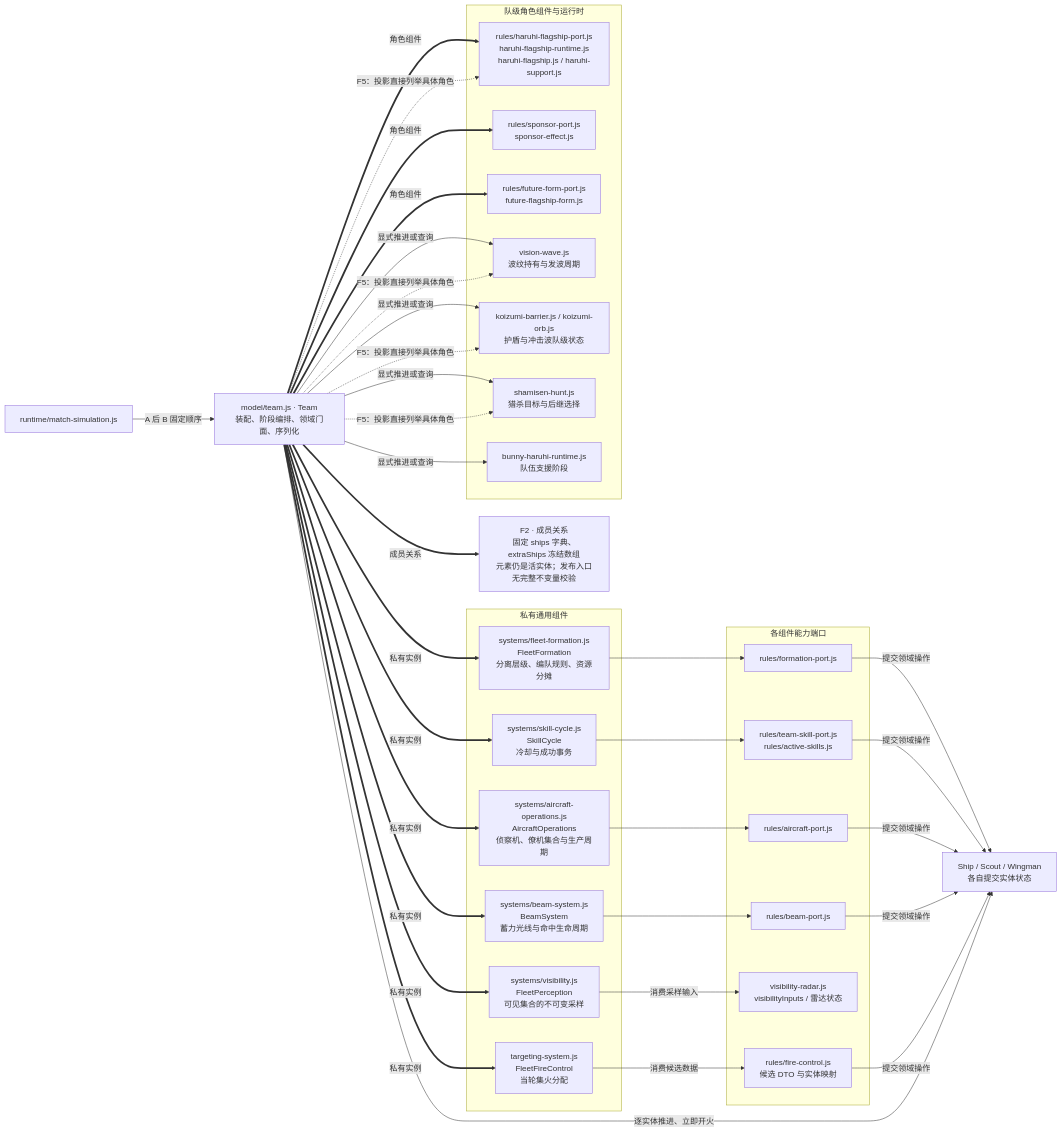
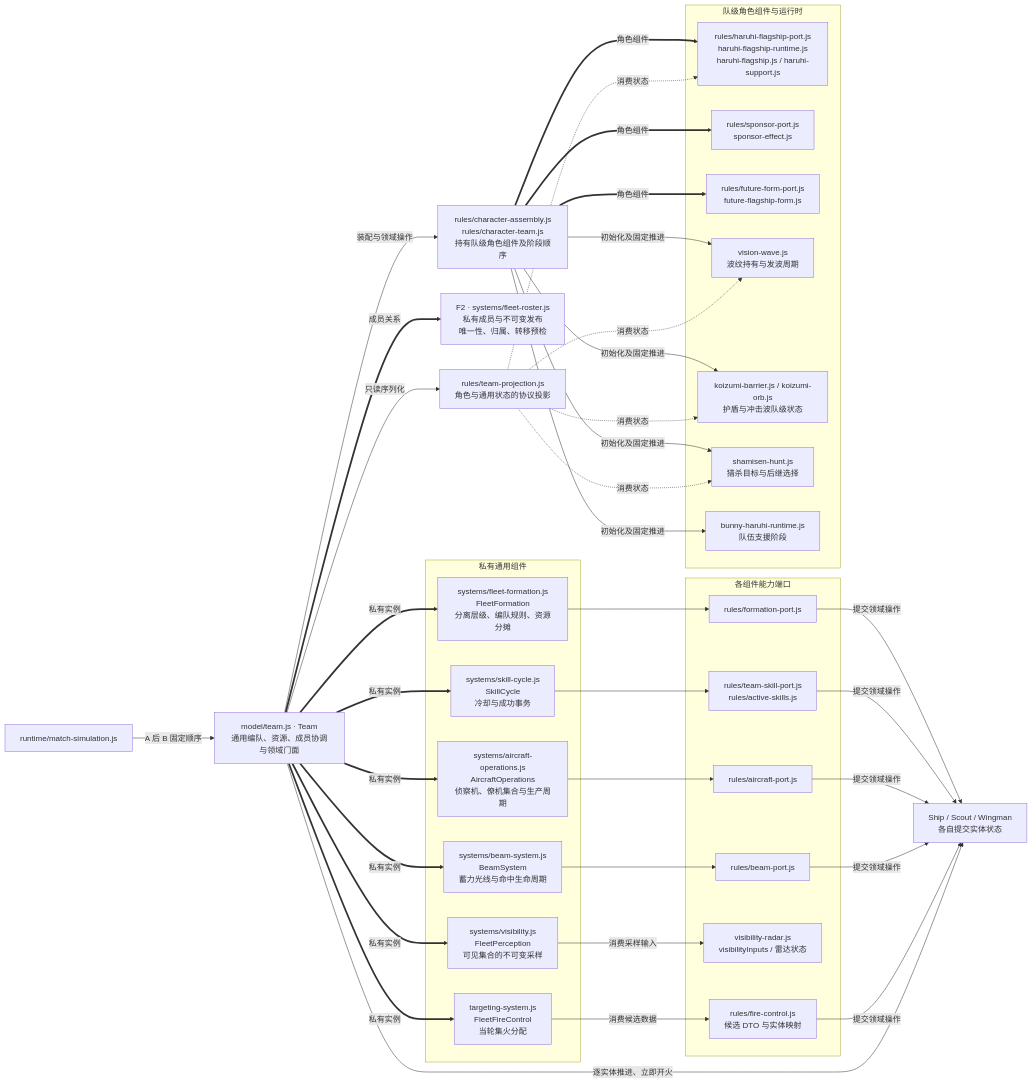
Before and after one commit to Haruhi-Labs/TDOS: the third of 8 diagrams in docs/architecture-map.md, drawn with Mermaid. The commit also changed other lines of this file and 4 other files, not shown here.

Commit message:
docs(architecture): 更新状态所有权地图与完整验收证据

````diff
--- a/docs/architecture-map.md
+++ b/docs/architecture-map.md
@@ -132,46 +132,50 @@
 ```mermaid
 flowchart LR
-  T["model/team.js · Team<br/>装配、阶段编排、领域门面、序列化"]
-  MEM["F2 · 成员关系<br/>固定 ships 字典、extraShips 冻结数组<br/>元素仍是活实体；发布入口无完整不变量校验"]
+  T["model/team.js · Team<br/>通用编队、资源、成员协调与领域门面"]
+  MEM["F2 · systems/fleet-roster.js<br/>私有成员与不可变发布<br/>唯一性、归属、转移预检"]
   subgraph generic[私有通用组件]
     F["systems/fleet-formation.js<br/>FleetFormation<br/>分离层级、编队规则、资源分摊"]
     SK["systems/skill-cycle.js<br/>SkillCycle<br/>冷却与成功事务"]
     AC["systems/aircraft-operations.js<br/>AircraftOperations<br/>侦察机、僚机集合与生产周期"]
     BM["systems/beam-system.js<br/>BeamSystem<br/>蓄力光线与命中生命周期"]
     V["systems/visibility.js<br/>FleetPerception<br/>可见集合的不可变采样"]
     FC["targeting-system.js<br/>FleetFireControl<br/>当轮集火分配"]
   end
   subgraph adapters[各组件能力端口]
     FP["rules/formation-port.js"]
     SP["rules/team-skill-port.js<br/>rules/active-skills.js"]
     AP["rules/aircraft-port.js"]
     BP["rules/beam-port.js"]
     VP["visibility-radar.js<br/>visibilityInputs / 雷达状态"]
     FCP["rules/fire-control.js<br/>候选 DTO 与实体映射"]
   end
   subgraph specific[队级角色组件与运行时]
     HF["rules/haruhi-flagship-port.js<br/>haruhi-flagship-runtime.js<br/>haruhi-flagship.js / haruhi-support.js"]
     SF["rules/sponsor-port.js<br/>sponsor-effect.js"]
     FF["rules/future-form-port.js<br/>future-flagship-form.js"]
     VW["vision-wave.js<br/>波纹持有与发波周期"]
     KB["koizumi-barrier.js / koizumi-orb.js<br/>护盾与冲击波队级状态"]
     SH["shamisen-hunt.js<br/>猎杀目标与后继选择"]
     BH["bunny-haruhi-runtime.js<br/>队伍支援阶段"]
   end
   M["runtime/match-simulation.js"]
   S["Ship / Scout / Wingman<br/>各自提交实体状态"]
   T ==>|成员关系| MEM
   T ==>|私有实例| F & SK & AC & BM & V & FC
   F --> FP
   SK --> SP
   AC --> AP
   BM --> BP
   V -->|消费采样输入| VP
   FC -->|消费候选数据| FCP
   FP & SP & AP & BP & FCP -->|提交领域操作| S
-  T ==>|角色组件| HF & SF & FF
-  T -->|显式推进或查询| VW & KB & SH & BH
+  ASSEMBLY["rules/character-assembly.js<br/>rules/character-team.js<br/>持有队级角色组件及阶段顺序"]
+  T -->|装配与领域操作| ASSEMBLY
+  ASSEMBLY ==>|角色组件| HF & SF & FF
+  ASSEMBLY -->|初始化及固定推进| VW & KB & SH & BH
   M -->|A 后 B 固定顺序| T
   T -->|逐实体推进、立即开火| S
-  T -.->|F5：投影直接列举具体角色| VW & KB & SH & HF
+  TP["rules/team-projection.js<br/>角色与通用状态的协议投影"]
+  T -->|只读序列化| TP
+  TP -.->|消费状态| VW & KB & SH & HF
 ```
````
